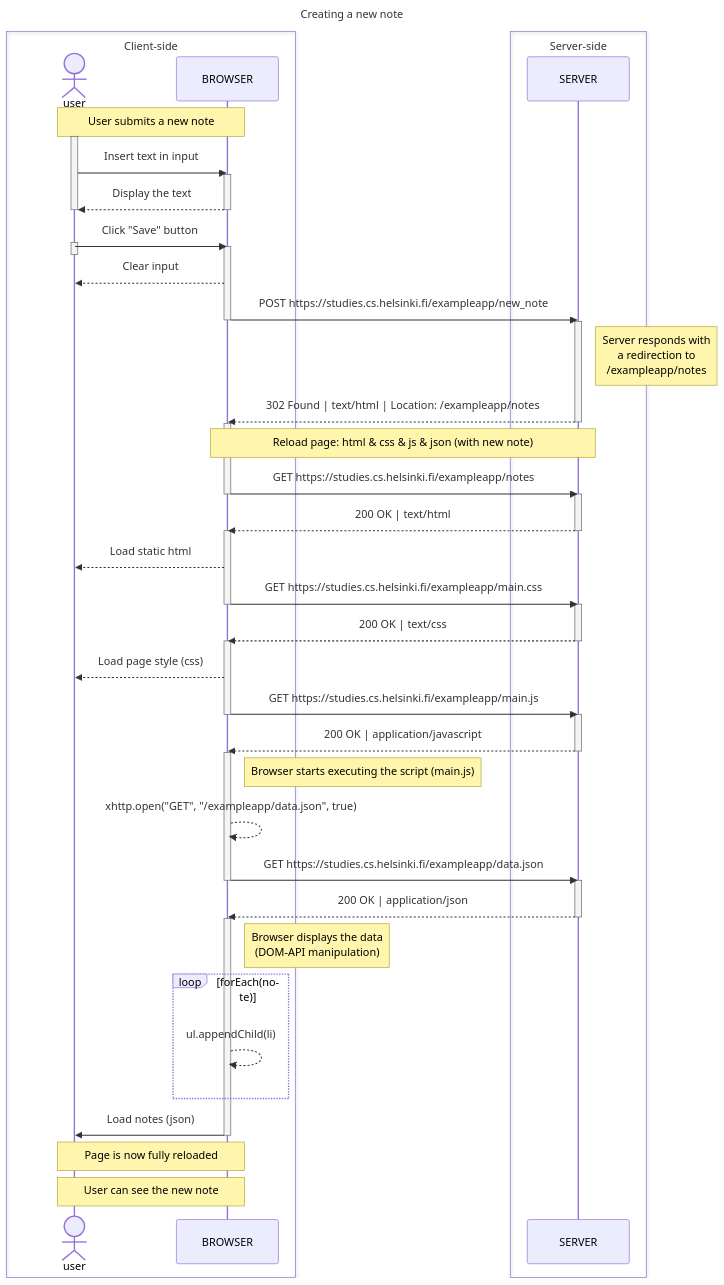
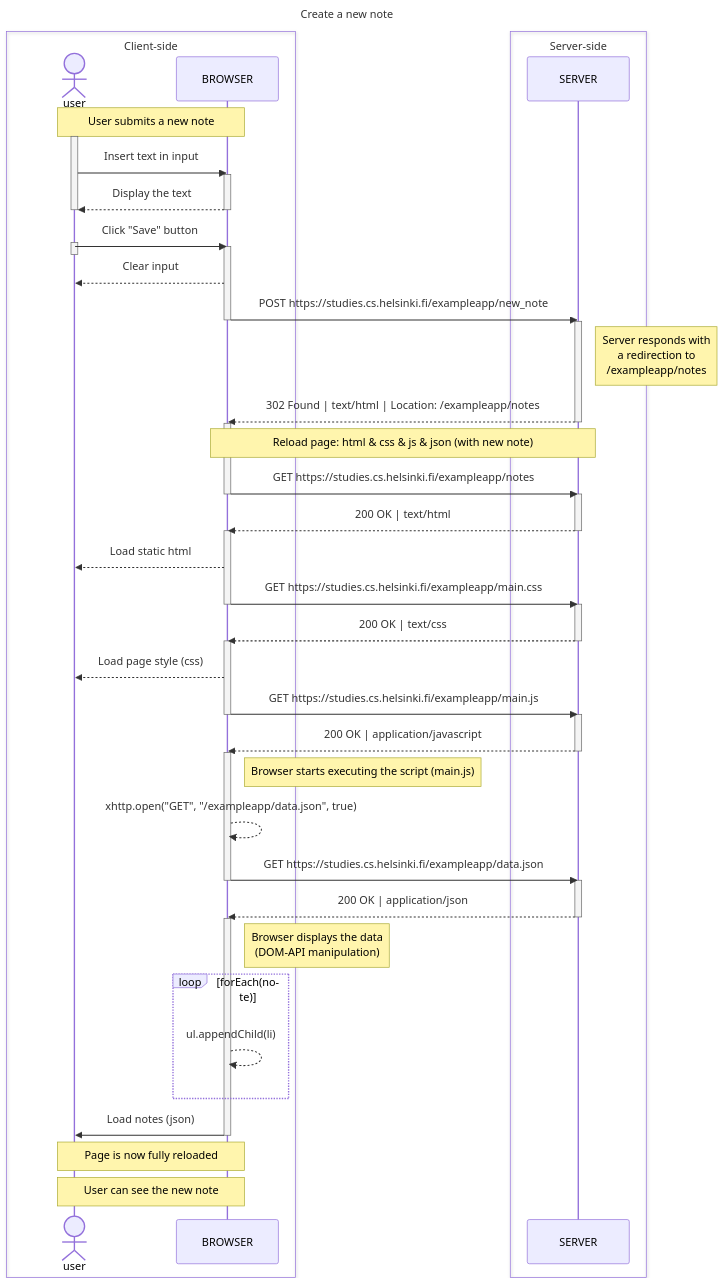
One commit to aggiovato/full-stack-open changed the diagram in part0/04_new_note_diagram/new_note_diagram.md. Above: the diagram before and after it, drawn with Mermaid. The commit also changed 1 other file, not shown here.

Commit message:
Commit 0.5: Create a Sequence Diagram with Mermaid to explain the process of loading the '/spa' page ('notes' SPA).

````diff
--- a/part0/04_new_note_diagram/new_note_diagram.md
+++ b/part0/04_new_note_diagram/new_note_diagram.md
@@ -3,6 +3,6 @@
 ```mermaid
 sequenceDiagram
-    title Creating a new note
+    title Create a new note
 
     box Client-side
         actor U as user
````
